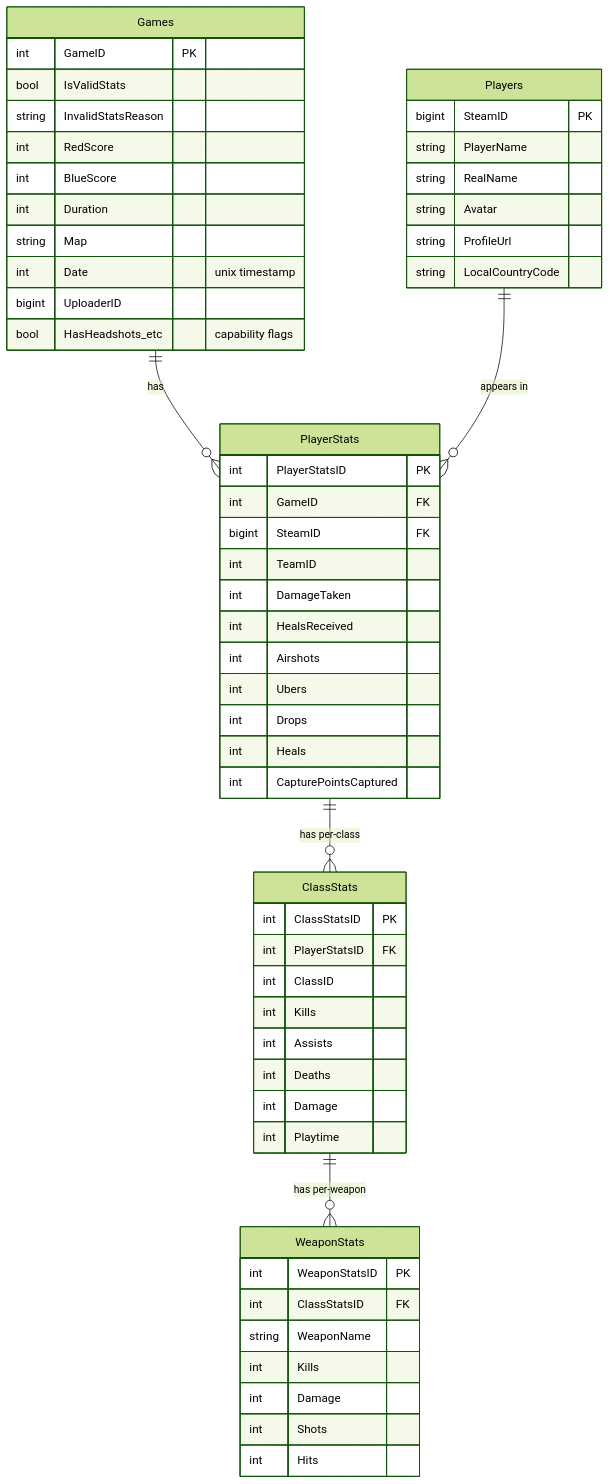
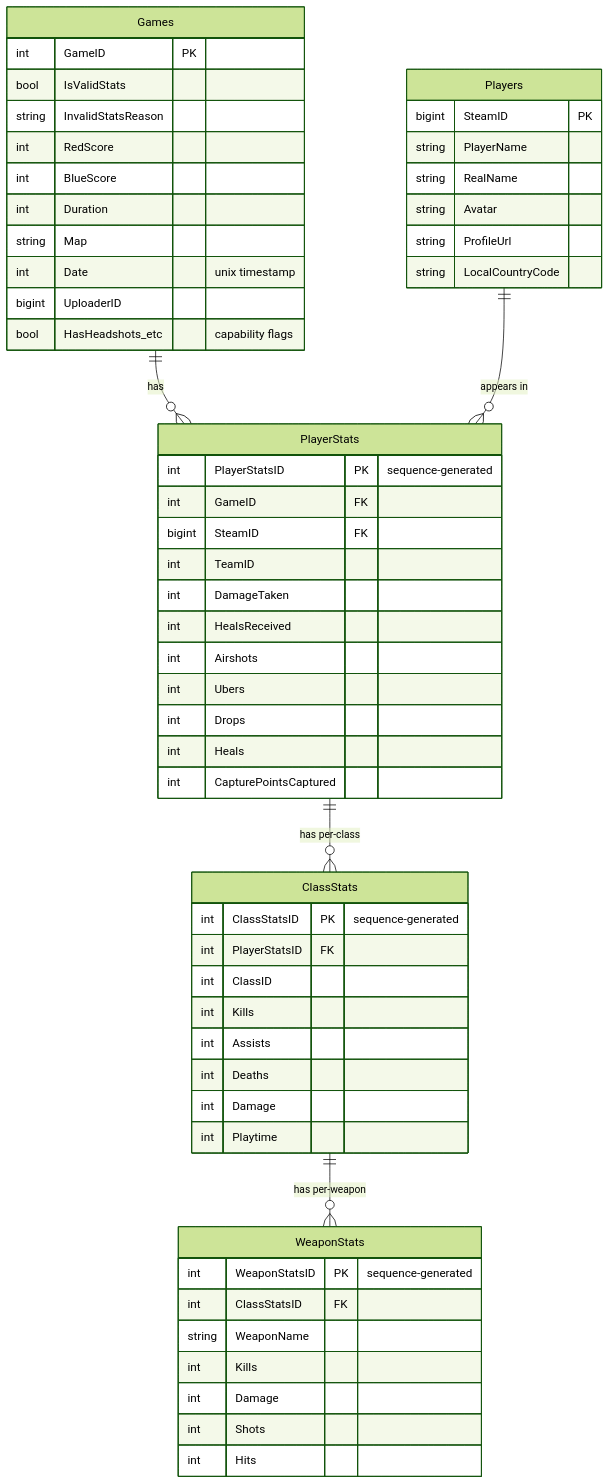
Before and after one commit to DeradoZA/tf2sa: the diagram in docs/architecture/database.md, drawn with Mermaid (forest theme). The commit also changed other lines of this file and 17 other files, not shown here.

````diff
--- a/docs/architecture/database.md
+++ b/docs/architecture/database.md
@@ -40,60 +46,60 @@
 ```mermaid
 erDiagram
     Games ||--o{ PlayerStats : "has"
     Players ||--o{ PlayerStats : "appears in"
     PlayerStats ||--o{ ClassStats : "has per-class"
     ClassStats ||--o{ WeaponStats : "has per-weapon"
 
     Games {
         int GameID PK
         bool IsValidStats
         string InvalidStatsReason
         int RedScore
         int BlueScore
         int Duration
         string Map
         int Date "unix timestamp"
         bigint UploaderID
         bool HasHeadshots_etc "capability flags"
     }
     Players {
         bigint SteamID PK
         string PlayerName
         string RealName
         string Avatar
         string ProfileUrl
         string LocalCountryCode
     }
     PlayerStats {
-        int PlayerStatsID PK
+        int PlayerStatsID PK "sequence-generated"
         int GameID FK
         bigint SteamID FK
         int TeamID
         int DamageTaken
         int HealsReceived
         int Airshots
         int Ubers
         int Drops
         int Heals
         int CapturePointsCaptured
     }
     ClassStats {
-        int ClassStatsID PK
+        int ClassStatsID PK "sequence-generated"
         int PlayerStatsID FK
         int ClassID
         int Kills
         int Assists
         int Deaths
         int Damage
         int Playtime
     }
     WeaponStats {
-        int WeaponStatsID PK
+        int WeaponStatsID PK "sequence-generated"
         int ClassStatsID FK
         string WeaponName
         int Kills
         int Damage
         int Shots
         int Hits
     }
 ```
````
